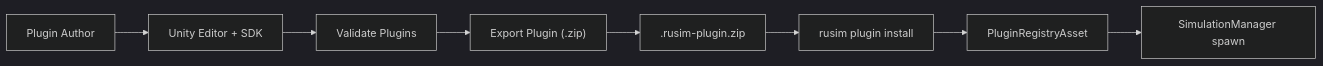
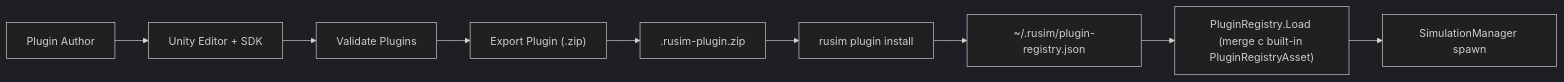
The diagram in docs/master-thesis/07-plugin-development.md (uav-simulator/uavsimulator), drawn with Mermaid (dark theme) before and after one commit. The commit also changed other lines of this file, not shown here.

Commit message:
thesis(07-plugins): fix 7.2 mermaid + rename 7.6.3 stub to match real two-tier registry

````diff
--- a/docs/master-thesis/07-plugin-development.md
+++ b/docs/master-thesis/07-plugin-development.md
@@ -23,10 +23,11 @@
 ```mermaid
 flowchart LR
     Author["Plugin Author"] --> Editor["Unity Editor + SDK"]
     Editor --> Validate["Validate Plugins"]
     Validate --> Export["Export Plugin (.zip)"]
     Export --> Archive[".rusim-plugin.zip"]
     Archive --> Install["rusim plugin install"]
-    Install --> Registry["PluginRegistryAsset"]
-    Registry --> Spawn["SimulationManager spawn"]
+    Install --> UserRegistry["~/.rusim/plugin-registry.json"]
+    UserRegistry --> Load["PluginRegistry.Load (merge с built-in PluginRegistryAsset)"]
+    Load --> Spawn["SimulationManager spawn"]
 ```
````
